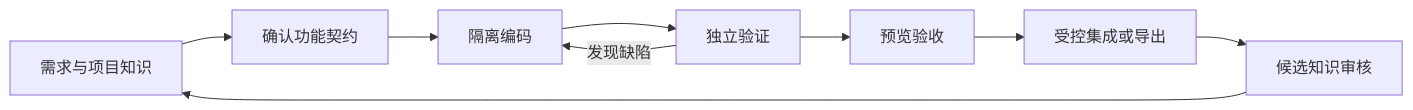
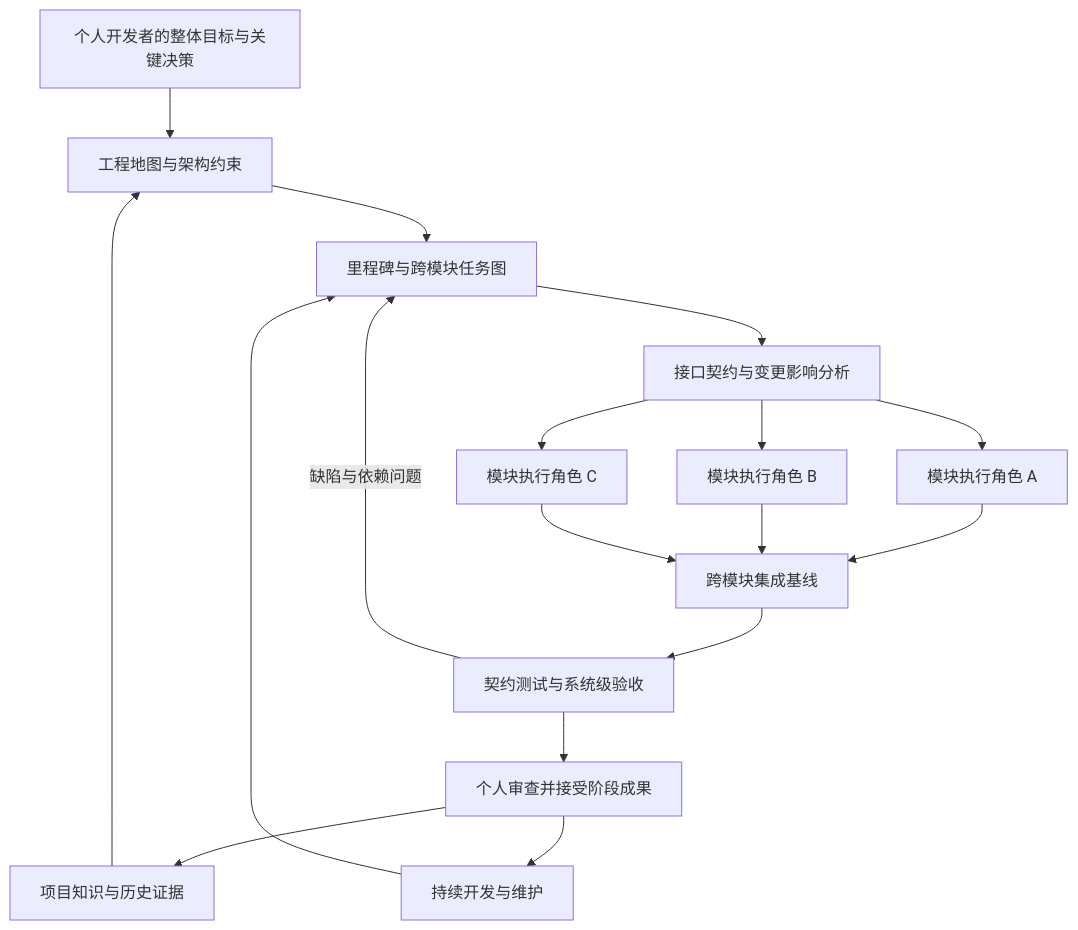
One commit to Akarin7784/BakaCoding changed the diagram in README.md. Above: the diagram before and after it, drawn with Mermaid. The commit also changed other lines of this file and 4 other files, not shown here.

````diff
--- a/README.md
+++ b/README.md
@@ -74,11 +74,19 @@
 ```mermaid
-flowchart LR
-    A[需求与项目知识] --> B[确认功能契约]
-    B --> C[隔离编码]
-    C --> D[独立验证]
-    D --> E[预览验收]
-    E --> F[受控集成或导出]
-    D -->|发现缺陷| C
-    F --> G[候选知识审核]
-    G --> A
+flowchart TD
+    A[个人开发者的整体目标与关键决策] --> B[工程地图与架构约束]
+    B --> C[里程碑与跨模块任务图]
+    K[项目知识与历史证据] --> B
+    C --> D[接口契约与变更影响分析]
+    D --> E1[模块执行角色 A]
+    D --> E2[模块执行角色 B]
+    D --> E3[模块执行角色 C]
+    E1 --> F[跨模块集成基线]
+    E2 --> F
+    E3 --> F
+    F --> G[契约测试与系统级验收]
+    G --> H[个人审查并接受阶段成果]
+    G -->|缺陷与依赖问题| C
+    H --> K
+    H --> I[持续开发与维护]
+    I --> C
 ```
````
